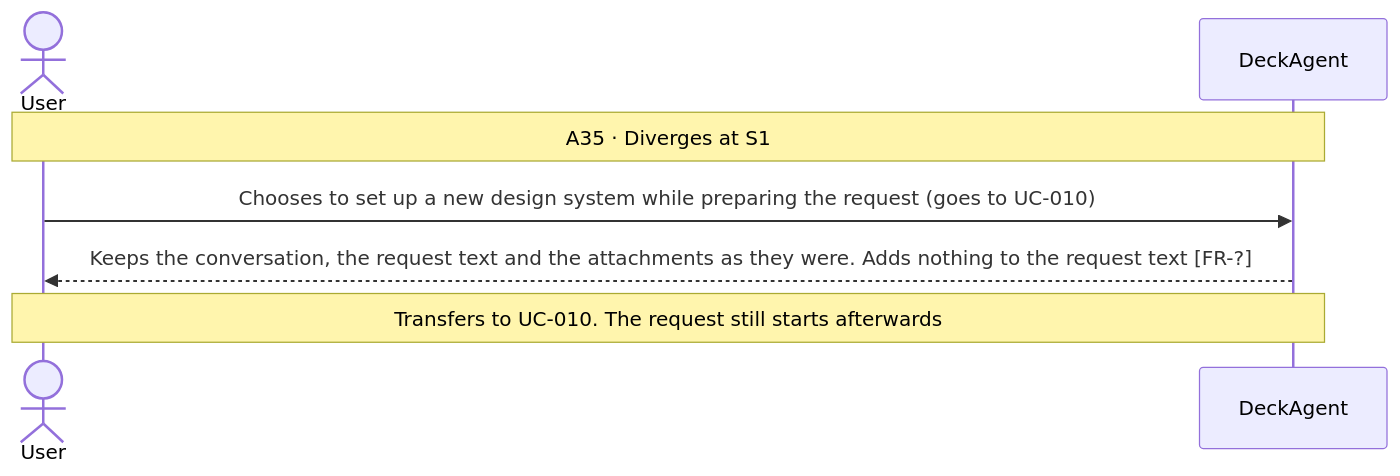
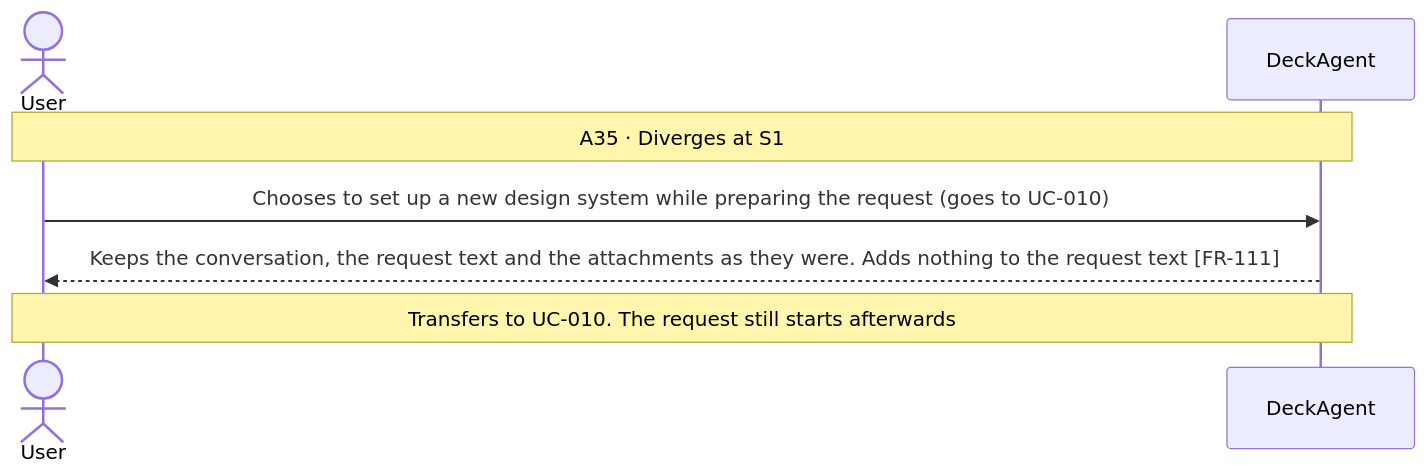
One commit to Luke23127006/DeckAgent changed diagram 19 of 27 in docs/spec/03-use-cases/UC-001.md. Above: the diagram before and after it, drawn with Mermaid. The commit also changed other lines of this file and 31 other files, not shown here.

````diff
--- a/docs/spec/03-use-cases/UC-001.md
+++ b/docs/spec/03-use-cases/UC-001.md
@@ -332,9 +336,9 @@
 ```mermaid
 sequenceDiagram
     actor User
     participant DeckAgent
     Note over User,DeckAgent: A35 · Diverges at S1
     User->>DeckAgent: Chooses to set up a new design system while preparing the request (goes to UC-010)
-    DeckAgent-->>User: Keeps the conversation, the request text and the attachments as they were. Adds nothing to the request text [FR-?]
+    DeckAgent-->>User: Keeps the conversation, the request text and the attachments as they were. Adds nothing to the request text [FR-111]
     Note over User,DeckAgent: Transfers to UC-010. The request still starts afterwards
 ```
````
